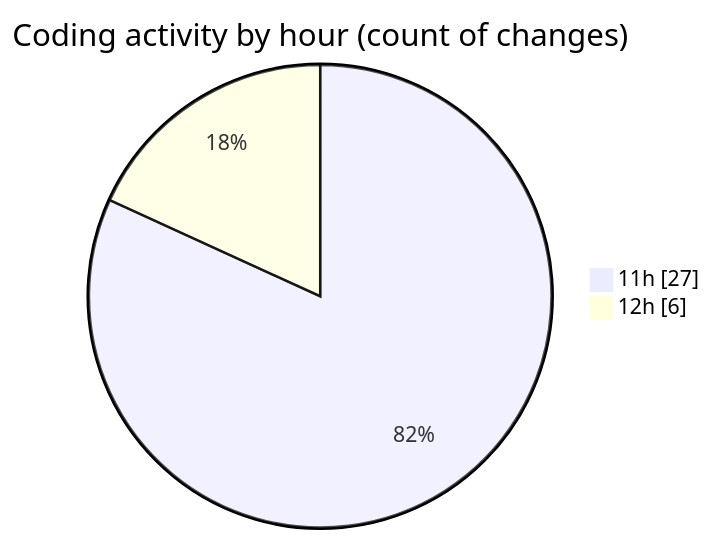
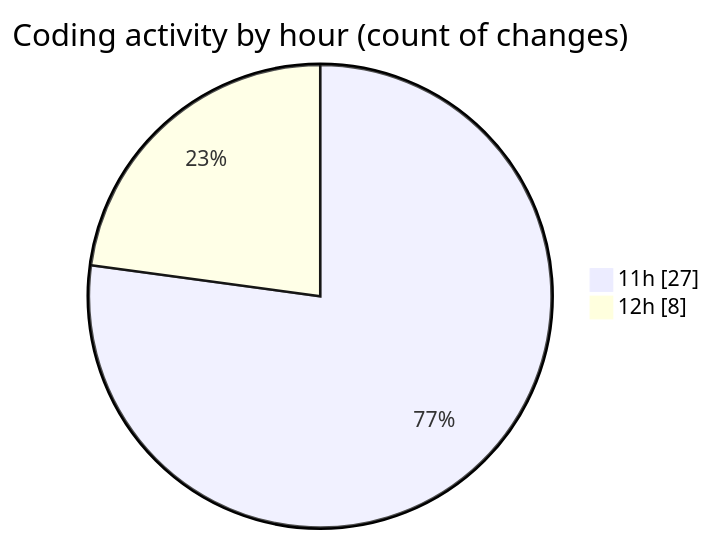
Before and after one commit to MatusMokan/code-tracking: the second of 2 diagrams in 2025-04-18/myws__workspace_/README.md, drawn with Mermaid. The commit also changed other lines of this file and 1 other file, not shown here.

````diff
--- a/2025-04-18/myws__workspace_/README.md
+++ b/2025-04-18/myws__workspace_/README.md
@@ -28,6 +28,6 @@
 ```mermaid
 pie showData
 title Coding activity by hour (count of changes)
 "11h" : 27
-"12h" : 6
+"12h" : 8
 ```
````
